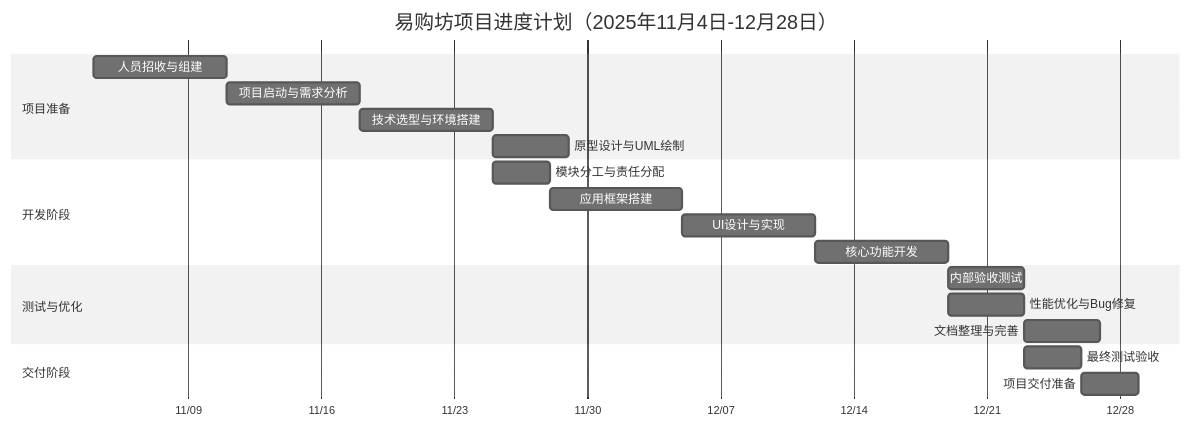
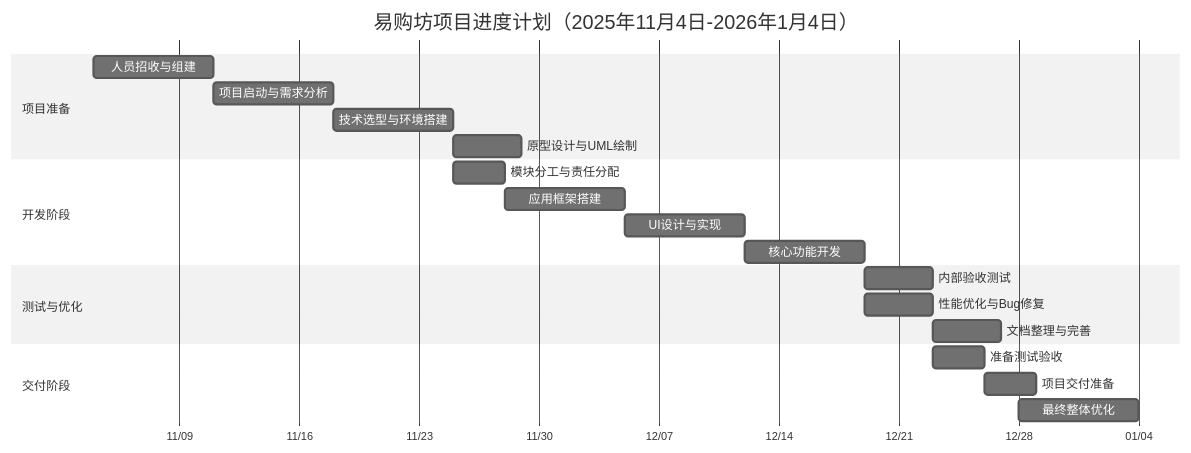
One commit to Yigofang-Mall/Yigofang_Mall changed the diagram in 项目管理文档.md. Above: the diagram before and after it, drawn with Mermaid (neutral theme). The commit also changed other lines of this file and 63 other files, not shown here.

````diff
--- a/项目管理文档.md
+++ b/项目管理文档.md
@@ -74,27 +74,28 @@
 ```mermaid
 gantt
-    title 易购坊项目进度计划（2025年11月4日-12月28日）
+    title 易购坊项目进度计划（2025年11月4日-2026年1月4日）
     dateFormat YYYY-MM-DD
     axisFormat %m/%d
     
     section 项目准备
     人员招收与组建       :2025-11-04, 7d
     项目启动与需求分析   :2025-11-11, 7d
     技术选型与环境搭建   :2025-11-18, 7d
     原型设计与UML绘制    :2025-11-25, 4d
     
     section 开发阶段
     模块分工与责任分配   :2025-11-25, 3d
     应用框架搭建         :2025-11-28, 7d
     UI设计与实现         :2025-12-05, 7d
     核心功能开发         :2025-12-12, 7d
     
     section 测试与优化
     内部验收测试         :2025-12-19, 4d
     性能优化与Bug修复    :2025-12-19, 4d
     文档整理与完善       :2025-12-23, 4d
     
     section 交付阶段
-    最终测试验收         :2025-12-23, 3d
+    准备测试验收         :2025-12-23, 3d
     项目交付准备         :2025-12-26, 3d
+    最终整体优化         :2025-12-28, 7d
 ```
````
